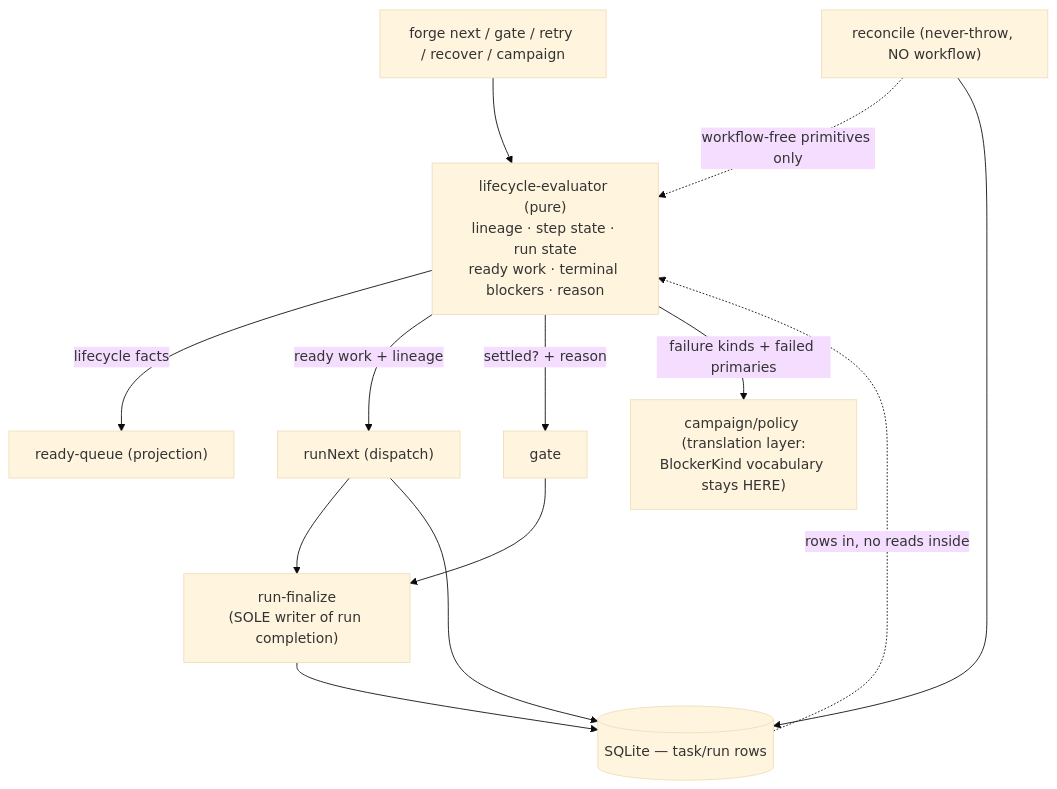
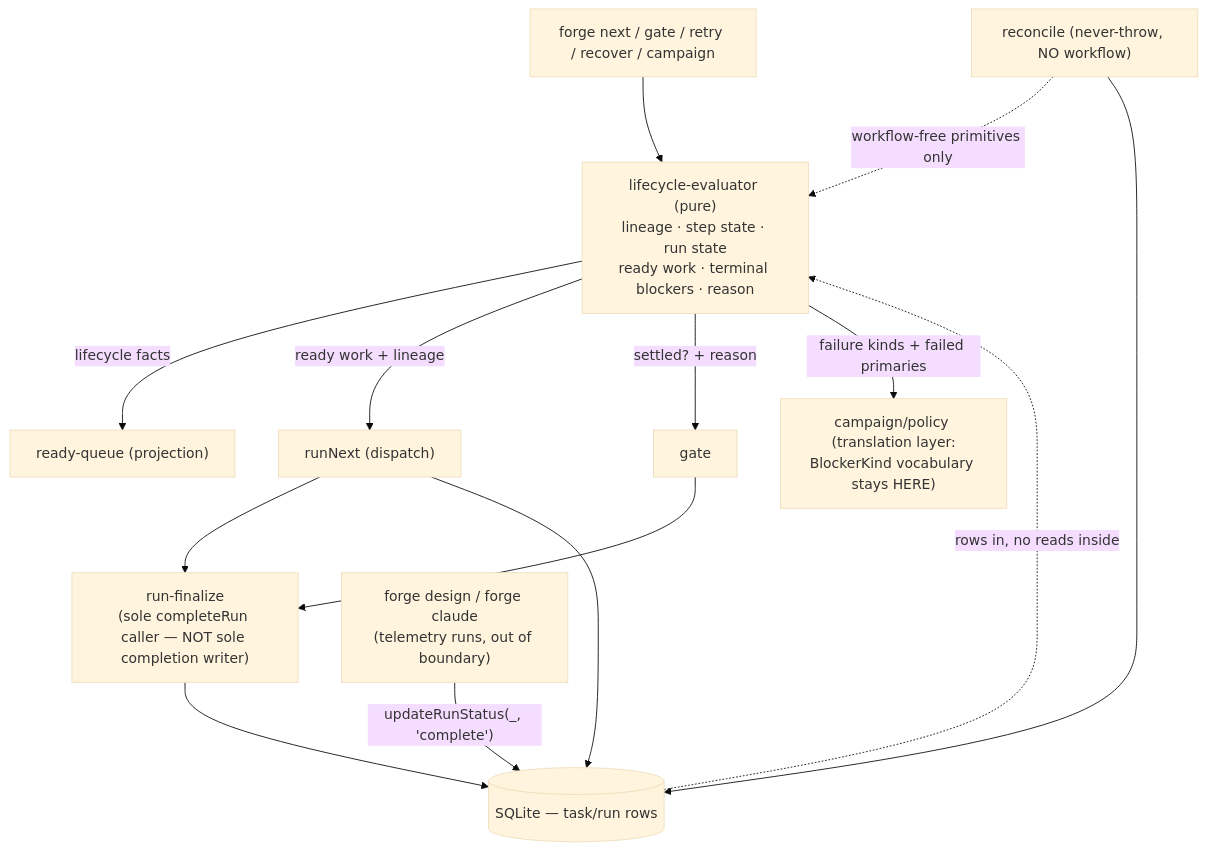
The diagram in docs/plans/foundations-lane-c-lifecycle-semantics.md (stevebargelt/forge), drawn with Mermaid (base theme) before and after one commit. The commit also changed other lines of this file, not shown here.

First line of the commit message:
docs(plan): lane C — mark superseded discovery input; fix sole-writer diagram; PRD governs

````diff
--- a/docs/plans/foundations-lane-c-lifecycle-semantics.md
+++ b/docs/plans/foundations-lane-c-lifecycle-semantics.md
@@ -203,15 +209,16 @@
 ```mermaid
 graph TD
   CLI["forge next / gate / retry / recover / campaign"] --> EVAL["lifecycle-evaluator (pure)<br/>lineage · step state · run state<br/>ready work · terminal blockers · reason"]
   EVAL -->|"lifecycle facts"| RQ["ready-queue (projection)"]
   EVAL -->|"ready work + lineage"| RN["runNext (dispatch)"]
   EVAL -->|"settled? + reason"| GATE["gate"]
   EVAL -->|"failure kinds + failed primaries"| CAMP["campaign/policy (translation layer:<br/>BlockerKind vocabulary stays HERE)"]
-  RN --> RF["run-finalize<br/>(SOLE writer of run completion)"]
+  RN --> RF["run-finalize<br/>(sole completeRun caller — NOT sole completion writer)"]
   GATE --> RF
+  DESIGN["forge design / forge claude<br/>(telemetry runs, out of boundary)"] -->|"updateRunStatus(_, 'complete')"| DB
   REC["reconcile (never-throw, NO workflow)"] -.->|"workflow-free primitives only"| EVAL
   RF --> DB[("SQLite — task/run rows")]
   RN --> DB
   REC --> DB
   DB -.->|"rows in, no reads inside"| EVAL
 ```
````
